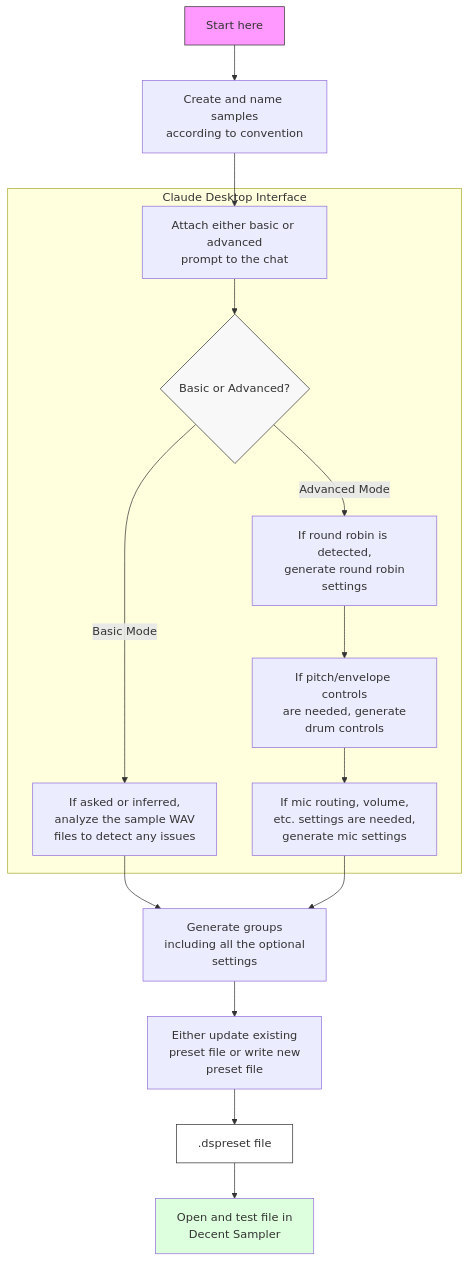
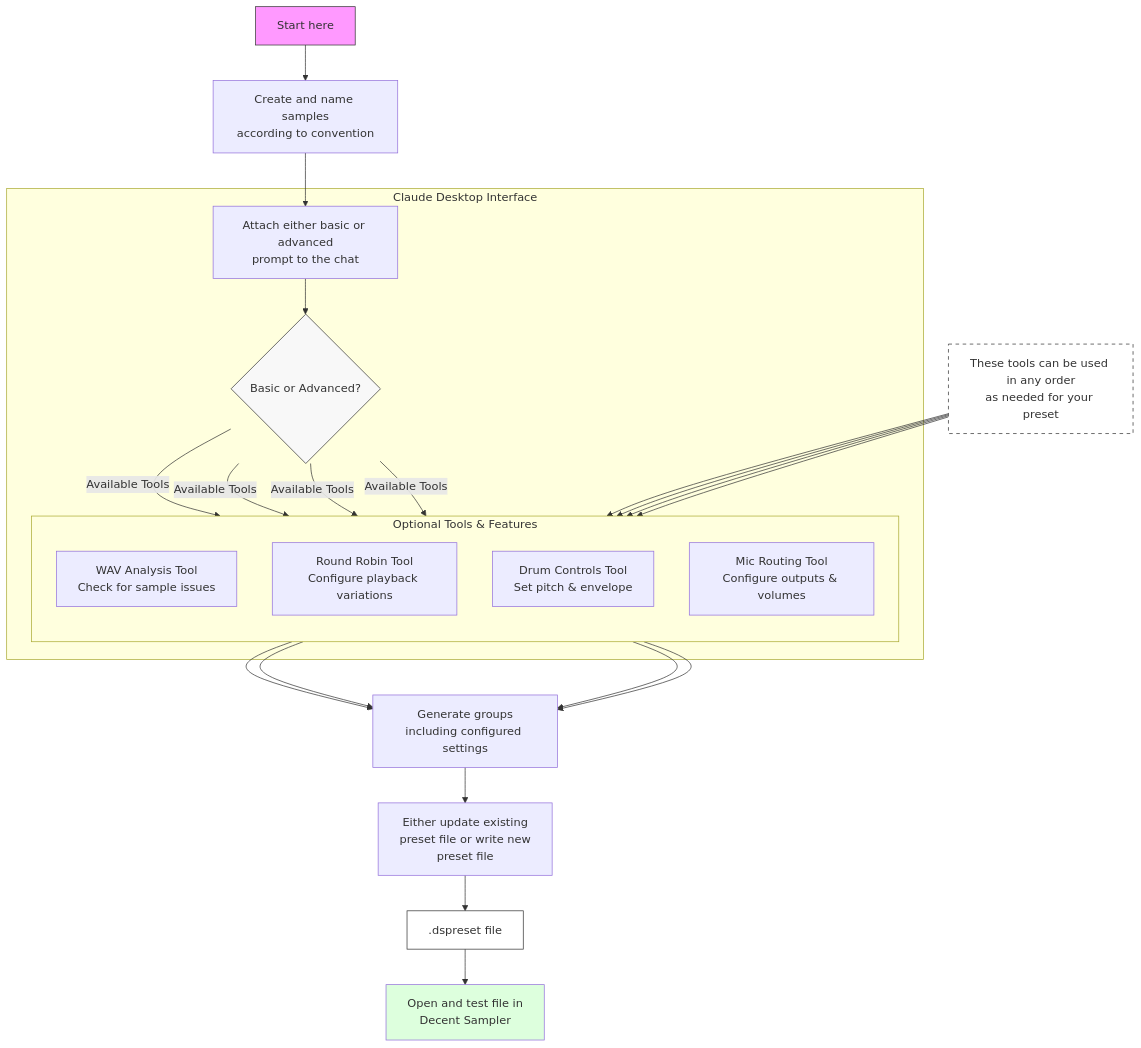
Before and after one commit to dandeliongold/mcp-decent-sampler-drums: the first of 2 diagrams in docs/workflows.md, drawn with Mermaid. The commit also changed other lines of this file, not shown here.

````diff
--- a/docs/workflows.md
+++ b/docs/workflows.md
@@ -7,25 +7,45 @@
 ```mermaid
 graph TB
     Start[Start here] --> CreateSamples[Create and name samples<br/>according to convention]
     CreateSamples --> AttachPrompt[Attach either basic or advanced<br/>prompt to the chat]
     
     subgraph "Claude Desktop Interface"
         AttachPrompt --> Decision{Basic or Advanced?}
-        Decision --> |Basic Mode| BasicAnalysis[If asked or inferred,<br/>analyze the sample WAV<br/>files to detect any issues]
-        Decision --> |Advanced Mode| RoundRobin[If round robin is detected,<br/>generate round robin<br/>settings]
-        RoundRobin --> Controls[If pitch/envelope controls<br/>are needed, generate<br/>drum controls]
-        Controls --> MicRouting[If mic routing, volume,<br/>etc. settings are needed,<br/>generate mic settings]
+        
+        subgraph "Optional Tools & Features"
+            direction TB
+            Analysis[WAV Analysis Tool<br/>Check for sample issues]
+            RoundRobin[Round Robin Tool<br/>Configure playback variations]
+            Controls[Drum Controls Tool<br/>Set pitch & envelope]
+            MicRouting[Mic Routing Tool<br/>Configure outputs & volumes]
+        end
+        
+        Decision --> |Available Tools| Analysis
+        Decision --> |Available Tools| RoundRobin
+        Decision --> |Available Tools| Controls
+        Decision --> |Available Tools| MicRouting
     end
     
-    BasicAnalysis --> GenerateGroups[Generate groups<br/>including all the optional<br/>settings]
+    Analysis --> GenerateGroups[Generate groups<br/>including configured settings]
+    RoundRobin --> GenerateGroups
+    Controls --> GenerateGroups
     MicRouting --> GenerateGroups
     
     GenerateGroups --> UpdatePreset[Either update existing<br/>preset file or write new<br/>preset file]
     UpdatePreset --> PresetFile[.dspreset file]
     PresetFile --> TestFile[Open and test file in<br/>Decent Sampler]
     
     style Start fill:#f9f,stroke:#333
     style PresetFile fill:#fff,stroke:#333
     style TestFile fill:#dfd
     style Decision fill:#f8f8f8,stroke:#333
+    
+    %% Note about tool flexibility
+    classDef note fill:#fff,stroke:#333,stroke-dasharray: 5 5
+    Note[These tools can be used in any order<br/>as needed for your preset]
+    class Note note
+    Note --> Analysis
+    Note --> RoundRobin
+    Note --> Controls
+    Note --> MicRouting
 ```
````
